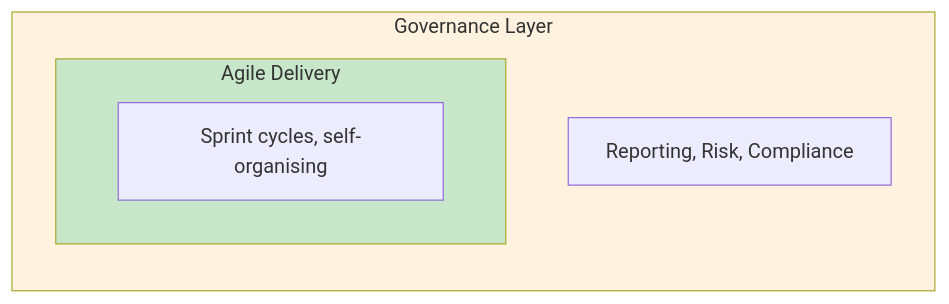
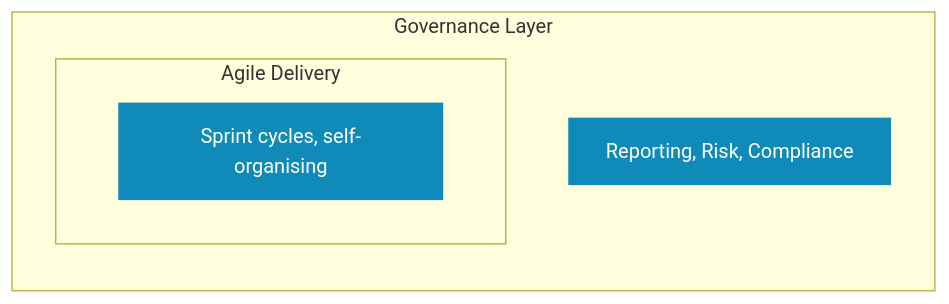
The third of 3 diagrams in _pages/methodologies/hybrid.md (kevinmcaleer/kevstemplates.com), drawn with Mermaid before and after one commit. The commit also changed other lines of this file and 72 other files, not shown here.

```diff
--- a/_pages/methodologies/hybrid.md
+++ b/_pages/methodologies/hybrid.md
@@ -110,13 +109,13 @@
 <div class="mermaid">
 flowchart TB
     subgraph outer["Governance Layer"]
         direction TB
         G1["Reporting, Risk, Compliance"]
         subgraph inner["Agile Delivery"]
             A1["Sprint cycles, self-organising"]
         end
     end
 
-    style outer fill:#fff3e0
-    style inner fill:#c8e6c9
+    classDef blue fill:#108BB9,stroke:none,color:#fff
+    class G1,A1 blue
 </div>
```
